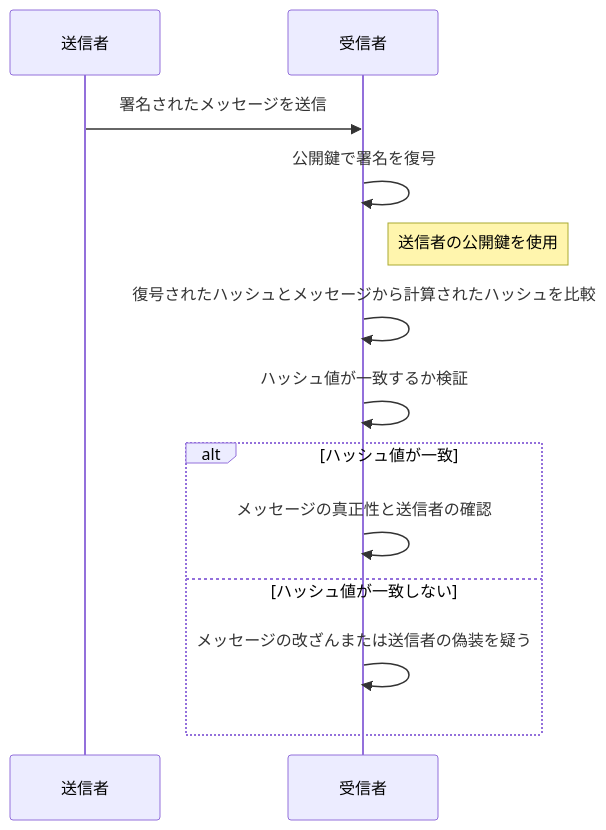
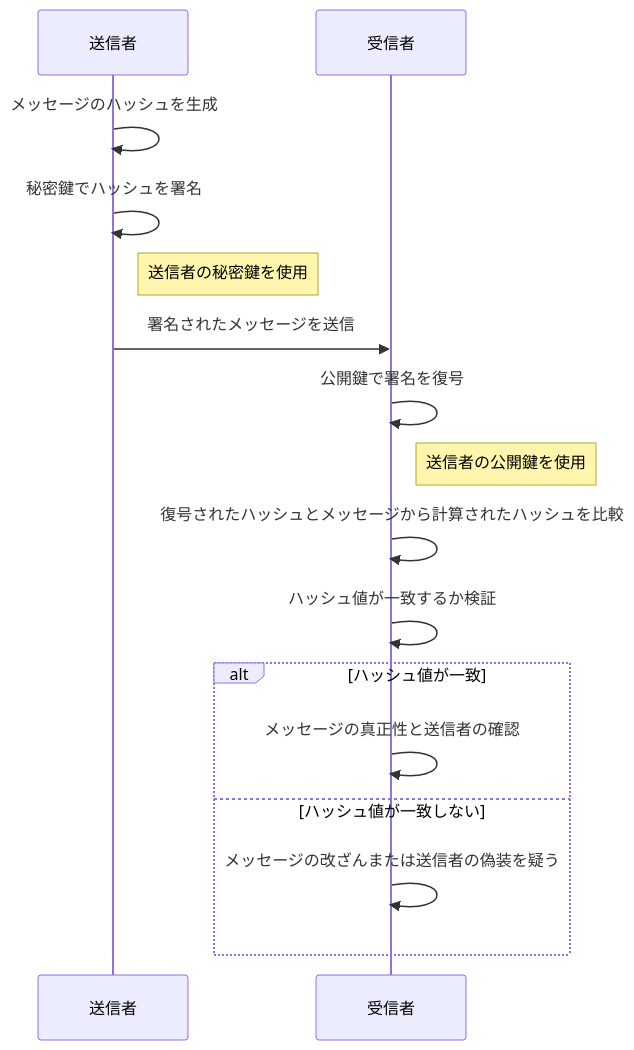
One commit to shuji-bonji/Notes-about-Digital-Signatures-and-Timestamps changed the second of 2 diagrams in DigitalSignature.md. Above: the diagram before and after it, drawn with Mermaid. The commit also changed other lines of this file and 6 other files, not shown here.

````diff
--- a/DigitalSignature.md
+++ b/DigitalSignature.md
@@ -87,15 +57,18 @@
 ```mermaid
 sequenceDiagram
-    participant Sender as 送信者
-    participant Receiver as 受信者
-    Sender->>Receiver: 署名されたメッセージを送信
-    Receiver->>Receiver: 公開鍵で署名を復号
-    Note right of Receiver: 送信者の公開鍵を使用
-    Receiver->>Receiver: 復号されたハッシュとメッセージから計算されたハッシュを比較
-    Receiver->>Receiver: ハッシュ値が一致するか検証
+    participant Alice as 送信者
+    participant Bob as 受信者
+    Alice->>Alice: メッセージのハッシュを生成
+    Alice->>Alice: 秘密鍵でハッシュを署名
+    Note right of Alice: 送信者の秘密鍵を使用
+    Alice->>Bob: 署名されたメッセージを送信
+    Bob->>Bob: 公開鍵で署名を復号
+    Note right of Bob: 送信者の公開鍵を使用
+    Bob->>Bob: 復号されたハッシュとメッセージから計算されたハッシュを比較
+    Bob->>Bob: ハッシュ値が一致するか検証
     alt ハッシュ値が一致
-        Receiver->>Receiver: メッセージの真正性と送信者の確認
+        Bob->>Bob: メッセージの真正性と送信者の確認
     else ハッシュ値が一致しない
-        Receiver->>Receiver: メッセージの改ざんまたは送信者の偽装を疑う
+        Bob->>Bob: メッセージの改ざんまたは送信者の偽装を疑う
     end
 ```
````
